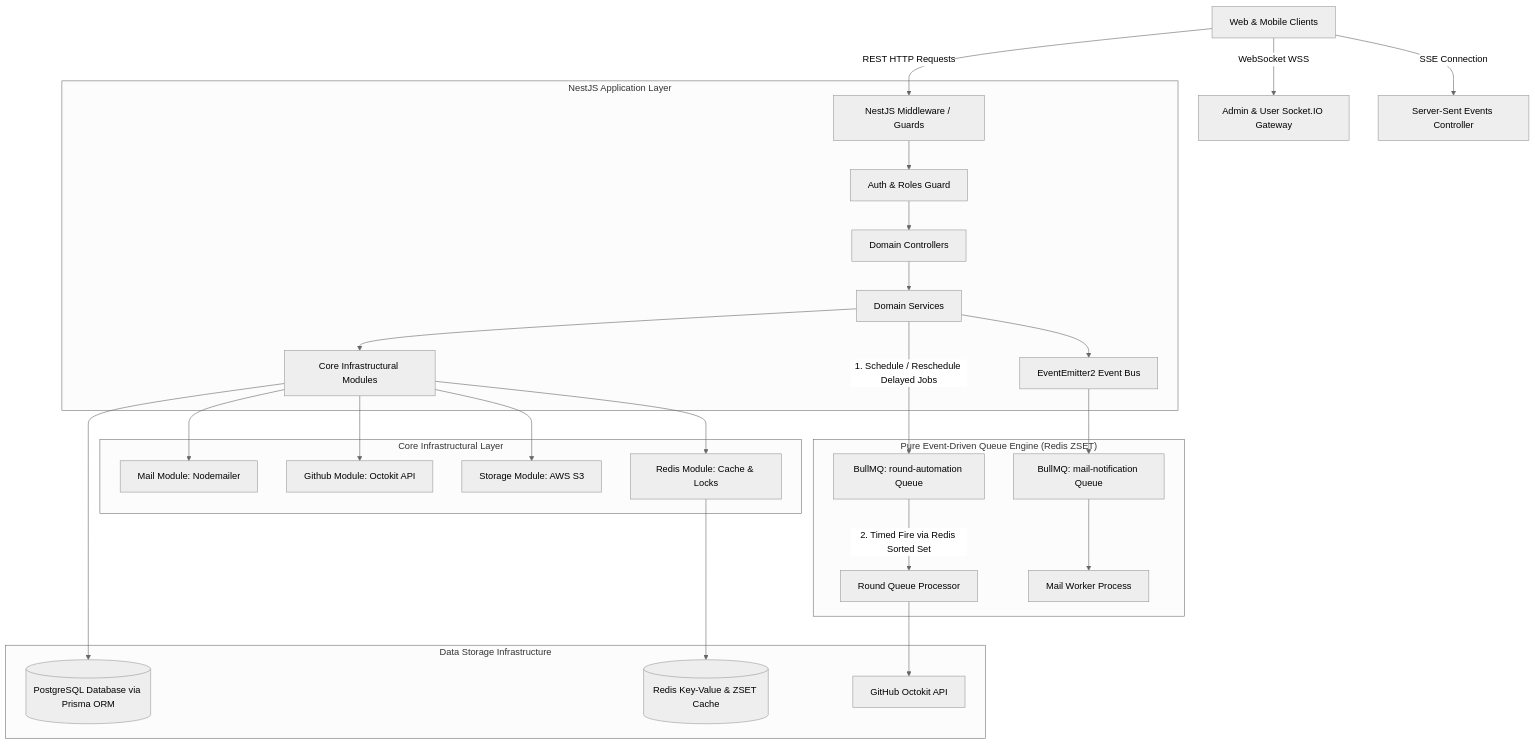
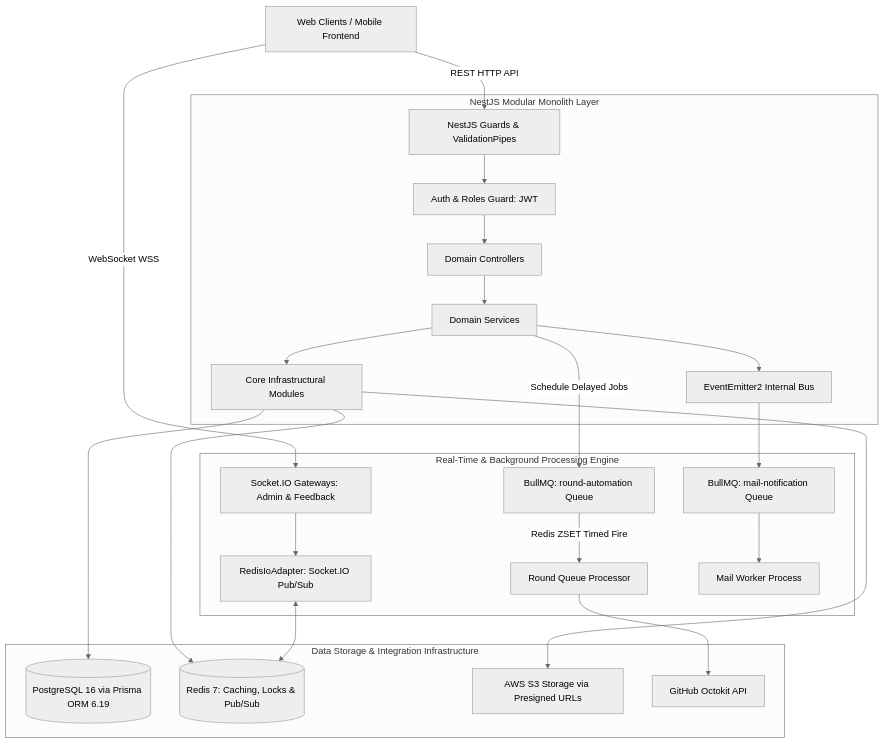
Before and after one commit to SEAL-WDP301/SEAL-WDP301-monorepo: the diagram in BE/README.md, drawn with Mermaid (neutral theme). The commit also changed other lines of this file and 2 other files, not shown here.

````diff
--- a/BE/README.md
+++ b/BE/README.md
@@ -35,34 +35,29 @@
 ```mermaid
 graph TD
-    Client[Web & Mobile Clients] -->|REST HTTP Requests| API_Gateway[NestJS Middleware / Guards]
-    Client -->|WebSocket WSS| Ws_Gateway[Admin & User Socket.IO Gateway]
-    Client -->|SSE Connection| SSE_Stream[Server-Sent Events Controller]
+    Client[Web Clients / Mobile Frontend] -->|REST HTTP API| API_Gateway[NestJS Guards & ValidationPipes]
+    Client -->|WebSocket WSS| Ws_Gateway[Socket.IO Gateways: Admin & Feedback]
 
-    subgraph "NestJS Application Layer"
-        API_Gateway --> Guard[Auth & Roles Guard]
+    subgraph "NestJS Modular Monolith Layer"
+        API_Gateway --> Guard[Auth & Roles Guard: JWT]
         Guard --> Controller[Domain Controllers]
         Controller --> Service[Domain Services]
-        Service --> EventBus[EventEmitter2 Event Bus]
+        Service --> EventBus[EventEmitter2 Internal Bus]
         Service --> Core[Core Infrastructural Modules]
     end
 
-    subgraph "Core Infrastructural Layer"
-        Core --> Core_Mail[Mail Module: Nodemailer]
-        Core --> Core_Github[Github Module: Octokit API]
-        Core --> Core_Storage[Storage Module: AWS S3]
-        Core --> Core_Redis[Redis Module: Cache & Locks]
-    end
-
-    subgraph "Pure Event-Driven Queue Engine (Redis ZSET)"
-        Service -->|1. Schedule / Reschedule Delayed Jobs| Bull_Queue[BullMQ: round-automation Queue]
-        Bull_Queue -->|2. Timed Fire via Redis Sorted Set| AutoWorker[Round Queue Processor]
+    subgraph "Real-Time & Background Processing Engine"
+        Ws_Gateway --> RedisAdapter[RedisIoAdapter: Socket.IO Pub/Sub]
+        Service -->|Schedule Delayed Jobs| Bull_Queue[BullMQ: round-automation Queue]
+        Bull_Queue -->|Redis ZSET Timed Fire| AutoWorker[Round Queue Processor]
         EventBus --> Bull_Mail[BullMQ: mail-notification Queue]
         Bull_Mail --> MailWorker[Mail Worker Process]
     end
 
-    subgraph "Data Storage Infrastructure"
-        Core --> DB[(PostgreSQL Database via Prisma ORM)]
-        Core_Redis --> Redis[(Redis Key-Value & ZSET Cache)]
+    subgraph "Data Storage & Integration Infrastructure"
+        Core --> DB[(PostgreSQL 16 via Prisma ORM 6.19)]
+        Core --> Redis[(Redis 7: Caching, Locks & Pub/Sub)]
+        Core --> S3[AWS S3 Storage via Presigned URLs]
         AutoWorker --> GitHub[GitHub Octokit API]
+        RedisAdapter <--> Redis
     end
 ```
````
